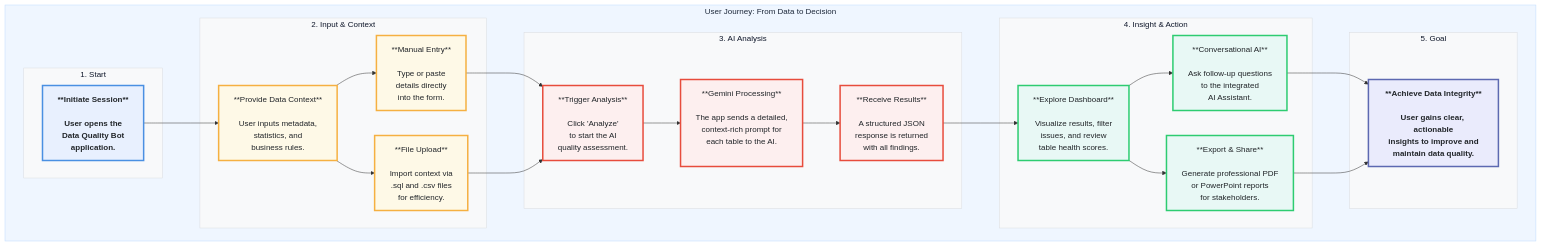
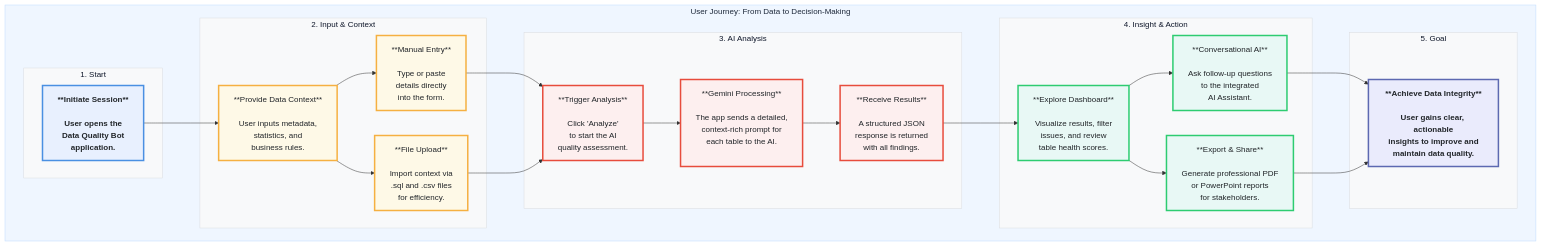
Before and after one commit to chtsalvishal/DQ_Gen_AI_Bot: the second of 2 diagrams in README.md, drawn with Mermaid.

Commit message:
docs: Improve README user journey description
Refine the user journey diagram title to more accurately reflect the bot's purpose of enabling decision-making.

````diff
--- a/README.md
+++ b/README.md
@@ -92,54 +92,54 @@
 ```mermaid
 %%{init: { 'themeVariables': { 'fontSize': '36px', 'fontFamily': '"Segoe UI", Arial, sans-serif' } }}%%
 graph TD
-    subgraph user_journey [User Journey: From Data to Decision]
+    subgraph user_journey [User Journey: From Data to Decision-Making]
 
         subgraph sg1 [1. Start]
             A["**Initiate Session**<br><br>User opens the<br>Data Quality Bot<br>application.<br>"]:::startNode
         end
 
         subgraph sg2 [2. Input & Context]
             B["**Provide Data Context**<br><br>User inputs metadata,<br>statistics, and<br>business rules.<br>"]:::inputNode
             B --> B1["**Manual Entry**<br><br>Type or paste<br>details directly<br>into the form.<br>"]:::inputNode
             B --> B2["**File Upload**<br><br>Import context via<br>.sql and .csv files<br>for efficiency.<br>"]:::inputNode
         end
         
         subgraph sg3 [3. AI Analysis]
             C["**Trigger Analysis**<br><br>Click 'Analyze'<br>to start the AI<br>quality assessment.<br>"]:::analysisNode
             D["**Gemini Processing**<br><br>The app sends a detailed,<br>context-rich prompt for<br>each table to the AI.<br><br>"]:::analysisNode
             E["**Receive Results**<br><br>A structured JSON<br>response is returned<br>with all findings.<br>"]:::analysisNode
         end
 
         subgraph sg4 [4. Insight & Action]
             F["**Explore Dashboard**<br><br>Visualize results, filter<br>issues, and review<br>table health scores.<br>"]:::insightNode
             G["**Conversational AI**<br><br>Ask follow-up questions<br>to the integrated<br>AI Assistant.<br>"]:::insightNode
             H["**Export & Share**<br><br>Generate professional PDF<br>or PowerPoint reports<br>for stakeholders.<br>"]:::insightNode
         end
         
         subgraph sg5 [5. Goal]
            J["**Achieve Data Integrity**<br><br>User gains clear, actionable<br>insights to improve and<br>maintain data quality.<br>"]:::goalNode
         end
     end
 
     A --> B
     B1 --> C
     B2 --> C
     C --> D --> E
     E --> F
     F --> G & H
     G --> J
     H --> J
     
     style user_journey fill:#EFF6FF,stroke:#BFDBFE,color:#1e293b
     style sg1 fill:#F8F9FA,stroke:#DADCE0,color:#0f172a
     style sg2 fill:#F8F9FA,stroke:#DADCE0,color:#0f172a
     style sg3 fill:#F8F9FA,stroke:#DADCE0,color:#0f172a
     style sg4 fill:#F8F9FA,stroke:#DADCE0,color:#0f172a
     style sg5 fill:#F8F9FA,stroke:#DADCE0,color:#0f172a
 
     classDef startNode fill:#E8F0FE,stroke:#4A90E2,stroke-width:3px,color:#212529,font-weight:bold
     classDef inputNode fill:#FEF9E7,stroke:#F5B041,stroke-width:3px,color:#212529
     classDef analysisNode fill:#FDEFEF,stroke:#E74C3C,stroke-width:3px,color:#212529
     classDef insightNode fill:#E8F8F5,stroke:#2ECC71,stroke-width:3px,color:#212529
     classDef goalNode fill:#EAEBFC,stroke:#5D69B1,stroke-width:3px,color:#212529,font-weight:bold
 ```
````
